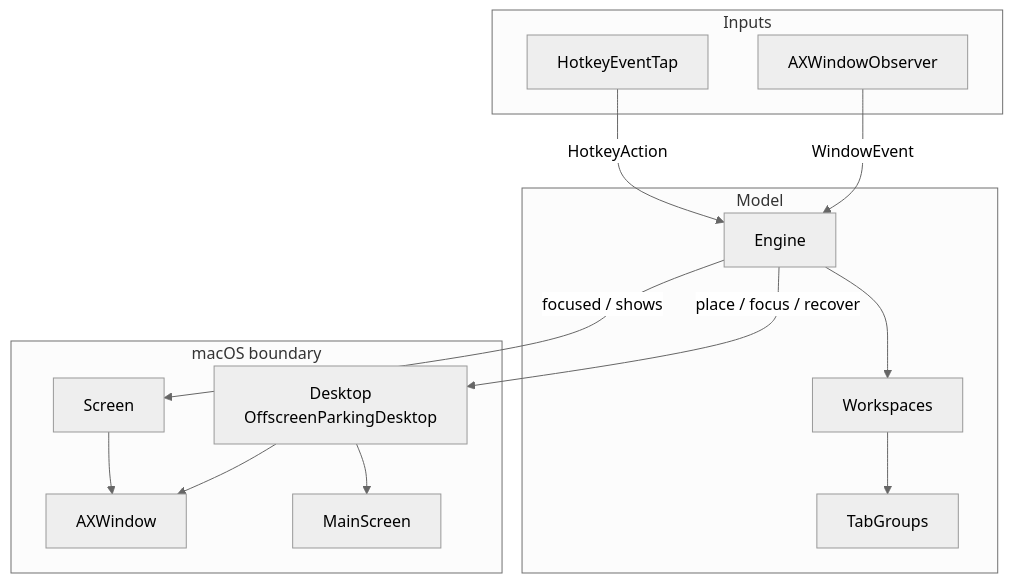
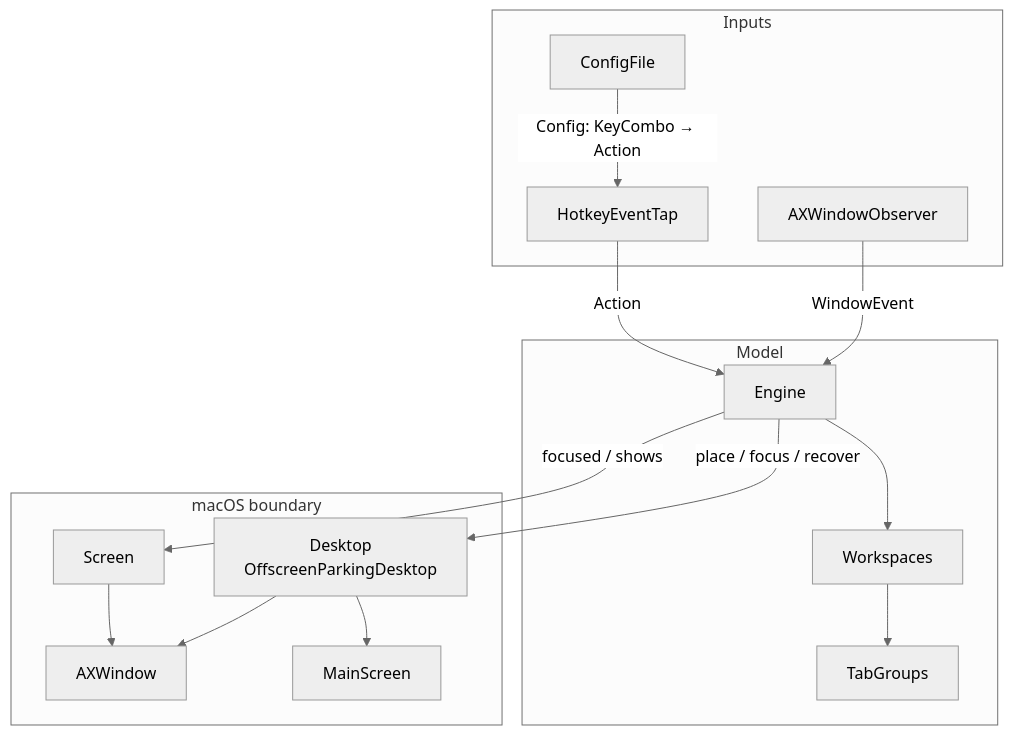
One commit to brennovich/ottowm changed the first of 4 diagrams in ARCHITECTURE.md. Above: the diagram before and after it, drawn with Mermaid (neutral theme). The commit also changed other lines of this file and 31 other files, not shown here.

````diff
--- a/ARCHITECTURE.md
+++ b/ARCHITECTURE.md
@@ -8,30 +8,32 @@
 ```mermaid
 flowchart TB
     subgraph inputs[Inputs]
         AXWindowObserver
         HotkeyEventTap
+        ConfigFile
     end
 
     subgraph core[Model]
         Engine
         Workspaces
         TabGroups
     end
 
     subgraph os[macOS boundary]
         Desktop[Desktop<br/>OffscreenParkingDesktop]
         Screen
         AXWindow
         MainScreen
     end
 
     AXWindowObserver -->|WindowEvent| Engine
-    HotkeyEventTap -->|HotkeyAction| Engine
+    ConfigFile -->|Config: KeyCombo → Action| HotkeyEventTap
+    HotkeyEventTap -->|Action| Engine
     Engine --> Workspaces
     Workspaces --> TabGroups
     Engine -->|place / focus / recover| Desktop
     Engine -->|focused / shows| Screen
     Desktop --> AXWindow
     Desktop --> MainScreen
     Screen --> AXWindow
 ```
````
